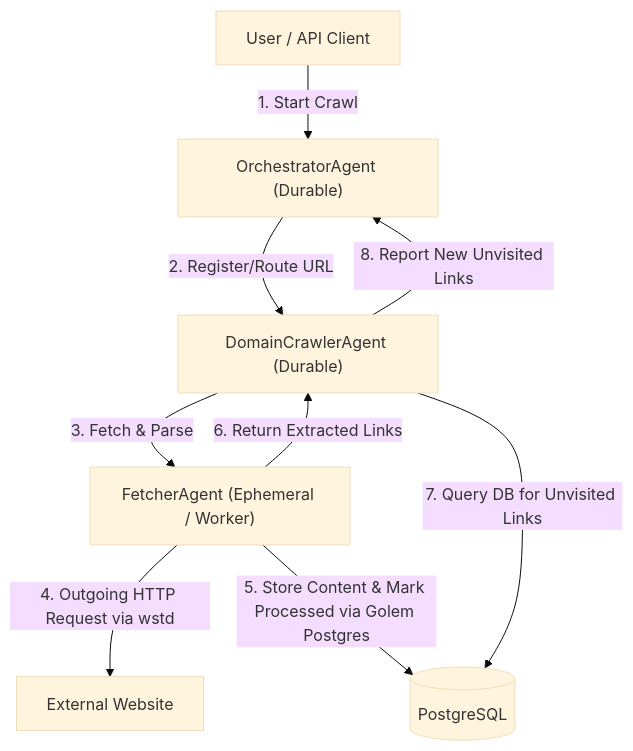
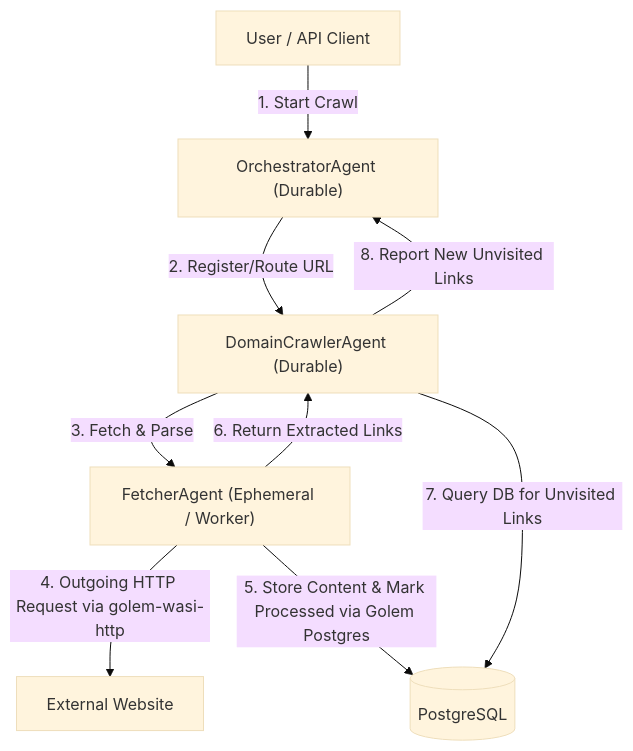
One commit to justcoon/golem-web-crawler-rust changed the diagram in WEB_CRAWLER_PROPOSAL.md. Above: the diagram before and after it, drawn with Mermaid (base theme). The commit also changed other lines of this file and 10 other files, not shown here.

````diff
--- a/WEB_CRAWLER_PROPOSAL.md
+++ b/WEB_CRAWLER_PROPOSAL.md
@@ -13,11 +13,11 @@
 ```mermaid
 graph TD
     User["User / API Client"] -->|1. Start Crawl| Orchestrator["OrchestratorAgent (Durable)"]
     Orchestrator -->|2. Register/Route URL| DomainAgent["DomainCrawlerAgent (Durable)"]
     DomainAgent -->|3. Fetch & Parse| Fetcher["FetcherAgent (Ephemeral / Worker)"]
-    Fetcher -->|4. Outgoing HTTP Request via wstd| Web["External Website"]
+    Fetcher -->|4. Outgoing HTTP Request via golem-wasi-http| Web["External Website"]
     Fetcher -->|5. Store Content & Mark Processed via Golem Postgres| DB[(PostgreSQL)]
     Fetcher -->|6. Return Extracted Links| DomainAgent
     DomainAgent -->|7. Query DB for Unvisited Links| DB
     DomainAgent -->|8. Report New Unvisited Links| Orchestrator
 ```
````
